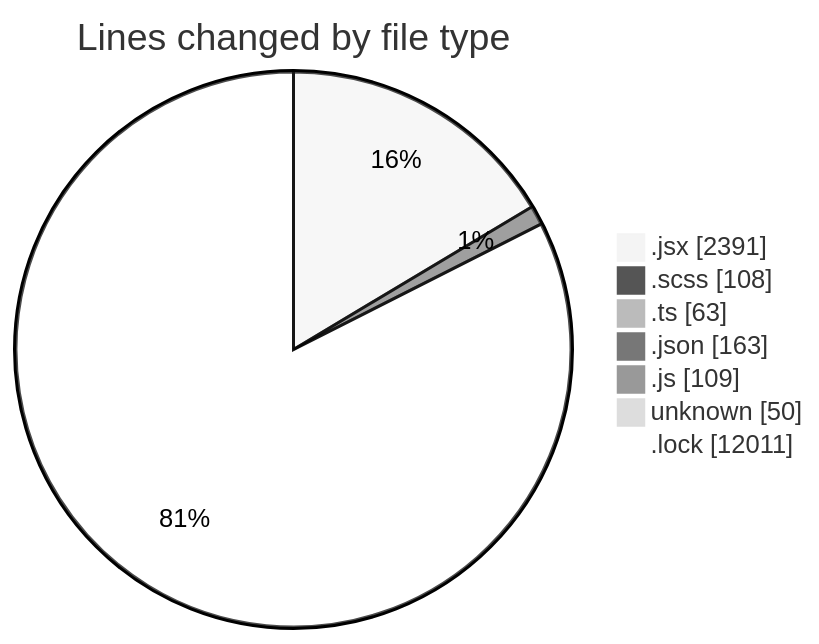
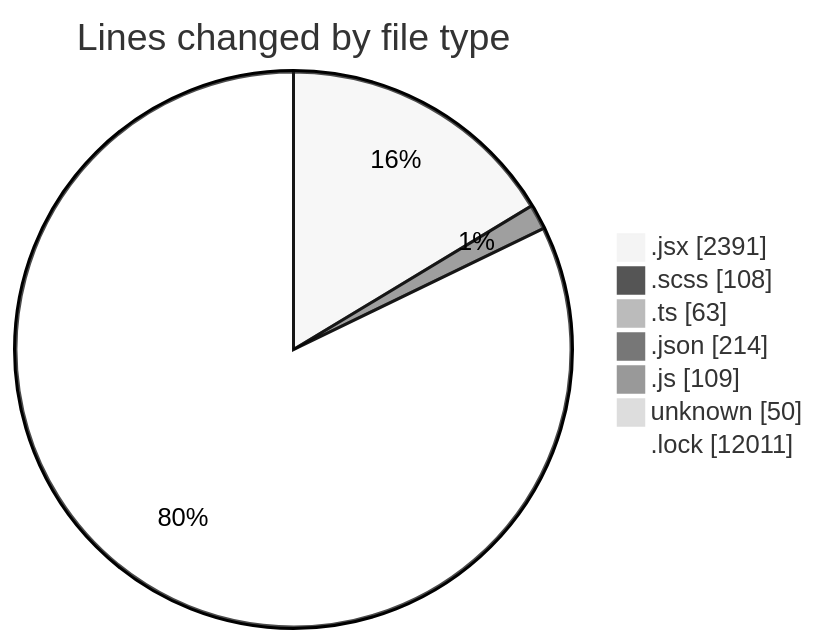
Before and after one commit to momahboobian/code-tracking: the first of 2 diagrams in 2026-09-01/cda/README.md, drawn with Mermaid (neutral theme). The commit also changed other lines of this file and 1 other file, not shown here.

````diff
--- a/2026-09-01/cda/README.md
+++ b/2026-09-01/cda/README.md
@@ -54,11 +54,11 @@
 ```mermaid
 pie showData
 title Lines changed by file type
 ".jsx" : 2391
 ".scss" : 108
 ".ts" : 63
-".json" : 163
+".json" : 214
 ".js" : 109
 "unknown" : 50
 ".lock" : 12011
 ```
````
